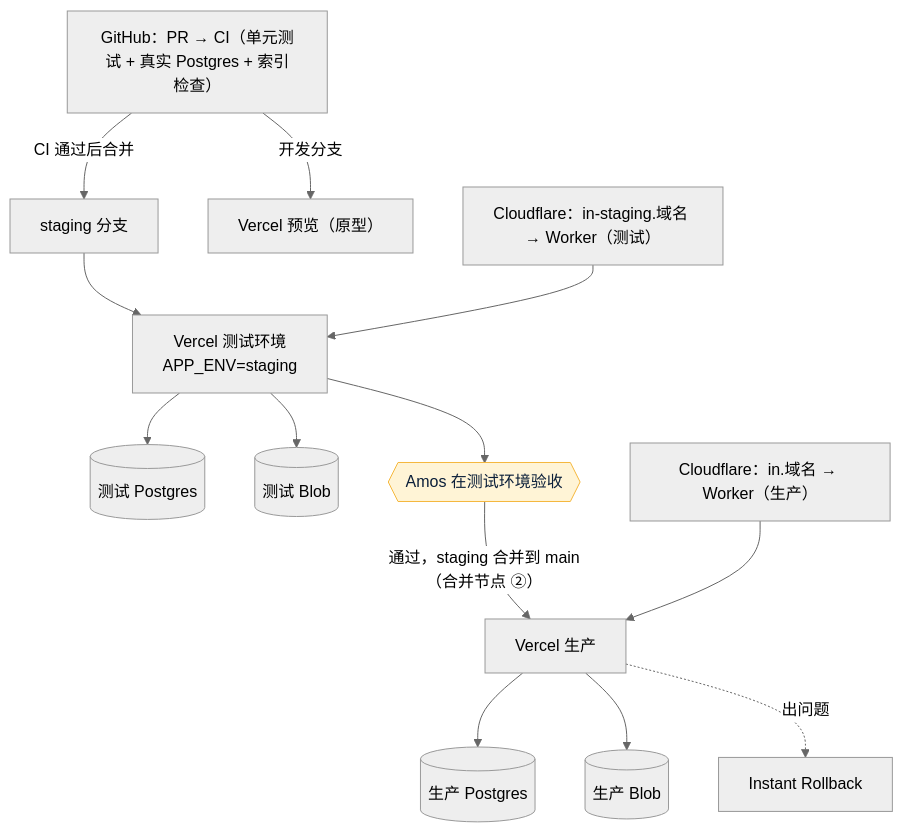
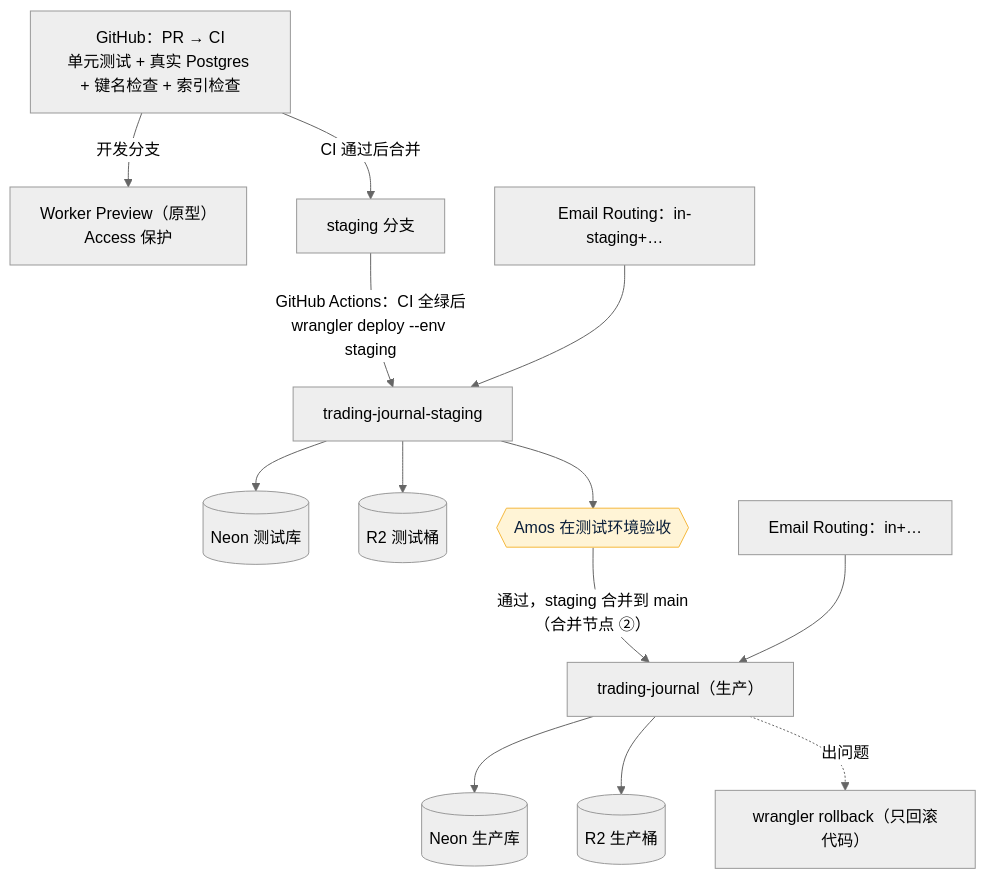
Before and after one commit to dollar3651314/trading-journal: the fourth of 4 diagrams in 00-架构方案.md, drawn with Mermaid (neutral theme). The commit also changed other lines of this file and 15 other files, not shown here.

First line of the commit message:
架构方案 v0.2 草稿：平台改为 Cloudflare Workers、Vite + React + Hono、子地址收件；风格方向 1 的效果图 13 张

````diff
--- a/00-架构方案.md
+++ b/00-架构方案.md
@@ -197,18 +202,18 @@
 ```mermaid
 flowchart TB
-    GH["GitHub：PR → CI（单元测试 + 真实 Postgres + 索引检查）"] -->|CI 通过后合并| STG["staging 分支"]
-    GH -->|开发分支| PRE["Vercel 预览（原型）"]
-    STG --> VS["Vercel 测试环境<br/>APP_ENV=staging"]
-    VS --> PGS[("测试 Postgres")]
-    VS --> BS[("测试 Blob")]
-    CFS["Cloudflare：in-staging.域名 → Worker（测试）"] --> VS
-    VS --> AC{{"Amos 在测试环境验收"}}
-    AC -->|通过，staging 合并到 main（合并节点 ②）| VP["Vercel 生产"]
-    VP --> PGP[("生产 Postgres")]
-    VP --> BP[("生产 Blob")]
-    CFP["Cloudflare：in.域名 → Worker（生产）"] --> VP
-    VP -.->|出问题| RB["Instant Rollback"]
+    GH["GitHub：PR → CI<br/>单元测试 + 真实 Postgres + 键名检查 + 索引检查"] -->|开发分支| PV["Worker Preview（原型）<br/>Access 保护"]
+    GH -->|"CI 通过后合并"| STG["staging 分支"]
+    STG -->|"GitHub Actions：CI 全绿后<br/>wrangler deploy --env staging"| WS["trading-journal-staging"]
+    WS --> PGS[("Neon 测试库")]
+    WS --> R2S[("R2 测试桶")]
+    ERS["Email Routing：in-staging+…"] --> WS
+    WS --> AC{{"Amos 在测试环境验收"}}
+    AC -->|"通过，staging 合并到 main（合并节点 ②）"| WP["trading-journal（生产）"]
+    WP --> PGP[("Neon 生产库")]
+    WP --> R2P[("R2 生产桶")]
+    ERP["Email Routing：in+…"] --> WP
+    WP -.->|"出问题"| RB["wrangler rollback（只回滚代码）"]
 
     classDef amos fill:#FFF4D6,stroke:#F5B83D,color:#0B1F3A
     class AC amos
 ```
````
